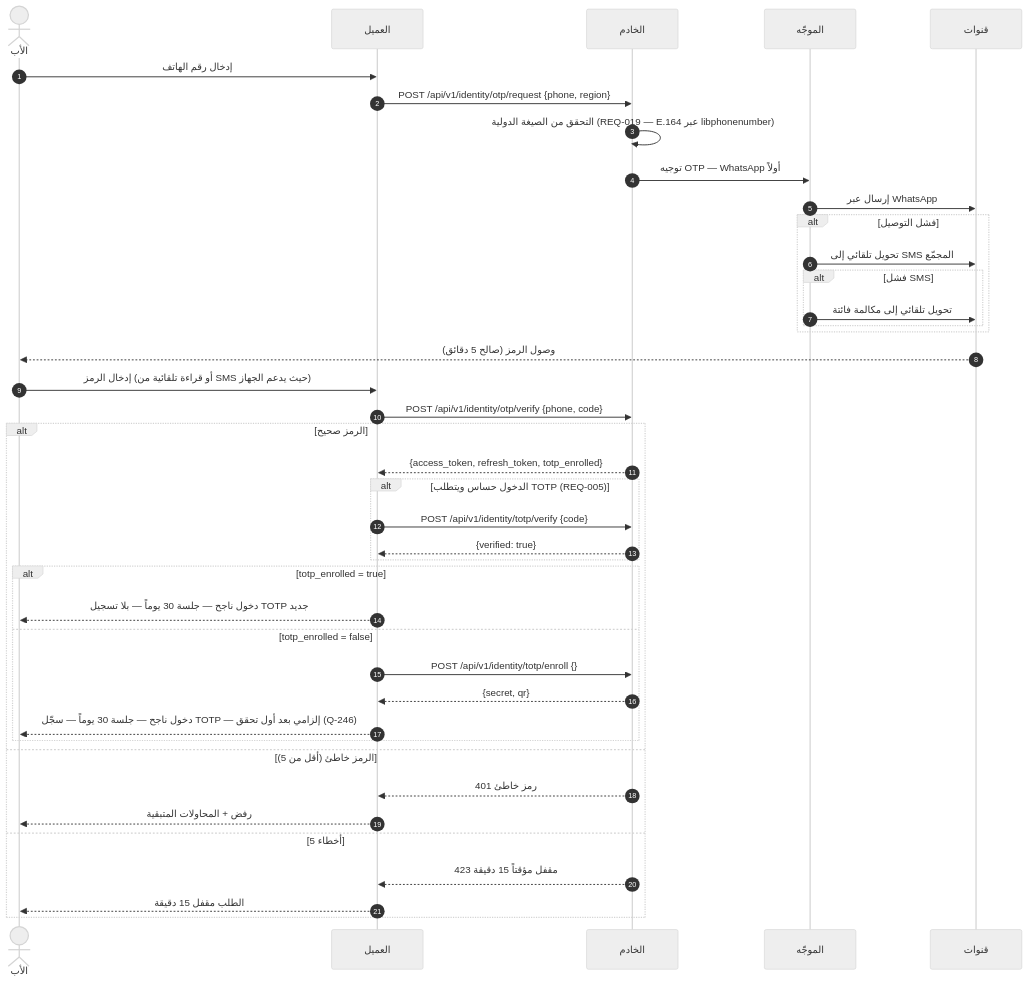
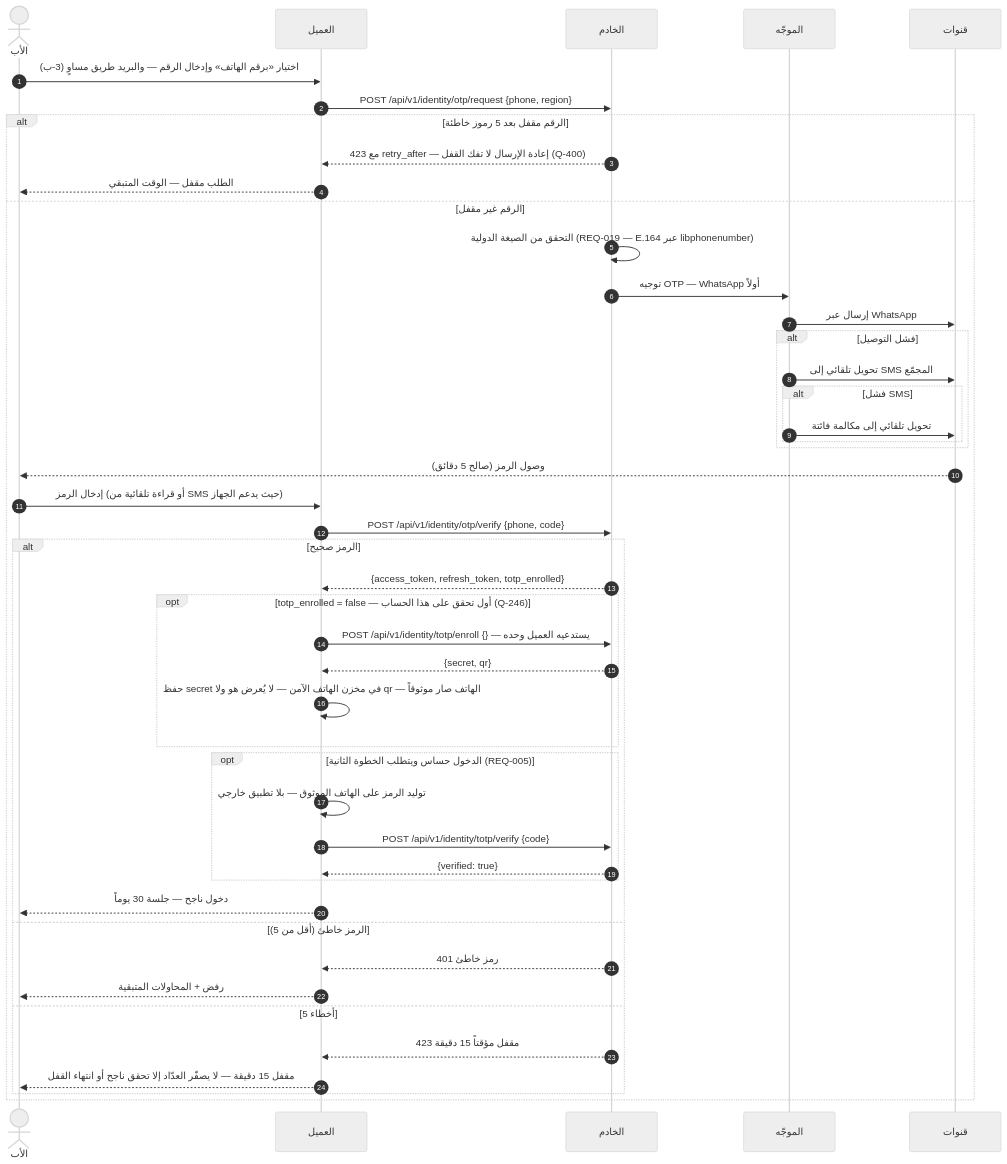
The third of 15 diagrams in docs/family-os/governance/phases/phase-1/S1-02-identity-and-onboarding/DIAGRAMS.md (Bassam-mohammed-alqaeadi/family-os-v2), drawn with Mermaid (neutral theme) before and after one commit. The commit also changed other lines of this file and 13 other files, not shown here.

````diff
--- a/docs/family-os/governance/phases/phase-1/S1-02-identity-and-onboarding/DIAGRAMS.md
+++ b/docs/family-os/governance/phases/phase-1/S1-02-identity-and-onboarding/DIAGRAMS.md
@@ -241,43 +245,48 @@
 ```mermaid
 sequenceDiagram
     autonumber
     actor Father as الأب
     participant Client as العميل
     participant Ktor as الخادم
     participant Router as الموجّه
     participant Channels as قنوات
-    Father->>Client: إدخال رقم الهاتف
+    Father->>Client: اختيار «برقم الهاتف» وإدخال الرقم — والبريد طريق مساوٍ (3-ب)
     Client->>Ktor: POST /api/v1/identity/otp/request {phone, region}
-    Ktor->>Ktor: التحقق من الصيغة الدولية (REQ-019 — E.164 عبر libphonenumber)
-    Ktor->>Router: توجيه OTP — WhatsApp أولاً
-    Router->>Channels: إرسال عبر WhatsApp
-    alt فشل التوصيل
-        Router->>Channels: تحويل تلقائي إلى SMS المجمّع
-        alt فشل SMS
-            Router->>Channels: تحويل تلقائي إلى مكالمة فائتة
+    alt الرقم مقفل بعد 5 رموز خاطئة
+        Ktor-->>Client: 423 مع retry_after — إعادة الإرسال لا تفك القفل (Q-400)
+        Client-->>Father: الطلب مقفل — الوقت المتبقي
+    else الرقم غير مقفل
+        Ktor->>Ktor: التحقق من الصيغة الدولية (REQ-019 — E.164 عبر libphonenumber)
+        Ktor->>Router: توجيه OTP — WhatsApp أولاً
+        Router->>Channels: إرسال عبر WhatsApp
+        alt فشل التوصيل
+            Router->>Channels: تحويل تلقائي إلى SMS المجمّع
+            alt فشل SMS
+                Router->>Channels: تحويل تلقائي إلى مكالمة فائتة
+            end
+        end
+        Channels-->>Father: وصول الرمز (صالح 5 دقائق)
+        Father->>Client: إدخال الرمز (أو قراءة تلقائية من SMS حيث يدعم الجهاز)
+        Client->>Ktor: POST /api/v1/identity/otp/verify {phone, code}
+        alt الرمز صحيح
+            Ktor-->>Client: {access_token, refresh_token, totp_enrolled}
+            opt totp_enrolled = false — أول تحقق على هذا الحساب (Q-246)
+                Client->>Ktor: POST /api/v1/identity/totp/enroll {} — يستدعيه العميل وحده
+                Ktor-->>Client: {secret, qr}
+                Client->>Client: حفظ secret في مخزن الهاتف الآمن — لا يُعرض هو ولا qr — الهاتف صار موثوقاً
+            end
+            opt الدخول حساس ويتطلب الخطوة الثانية (REQ-005)
+                Client->>Client: توليد الرمز على الهاتف الموثوق — بلا تطبيق خارجي
+                Client->>Ktor: POST /api/v1/identity/totp/verify {code}
+                Ktor-->>Client: {verified: true}
+            end
+            Client-->>Father: دخول ناجح — جلسة 30 يوماً
+        else الرمز خاطئ (أقل من 5)
+            Ktor-->>Client: 401 رمز خاطئ
+            Client-->>Father: رفض + المحاولات المتبقية
+        else 5 أخطاء
+            Ktor-->>Client: 423 مقفل مؤقتاً 15 دقيقة
+            Client-->>Father: مقفل 15 دقيقة — لا يصفّر العدّاد إلا تحقق ناجح أو انتهاء القفل
         end
     end
-    Channels-->>Father: وصول الرمز (صالح 5 دقائق)
-    Father->>Client: إدخال الرمز (أو قراءة تلقائية من SMS حيث يدعم الجهاز)
-    Client->>Ktor: POST /api/v1/identity/otp/verify {phone, code}
-    alt الرمز صحيح
-        Ktor-->>Client: {access_token, refresh_token, totp_enrolled}
-        alt الدخول حساس ويتطلب TOTP (REQ-005)
-            Client->>Ktor: POST /api/v1/identity/totp/verify {code}
-            Ktor-->>Client: {verified: true}
-        end
-        alt totp_enrolled = true
-            Client-->>Father: دخول ناجح — جلسة 30 يوماً — بلا تسجيل TOTP جديد
-        else totp_enrolled = false
-            Client->>Ktor: POST /api/v1/identity/totp/enroll {}
-            Ktor-->>Client: {secret, qr}
-            Client-->>Father: دخول ناجح — جلسة 30 يوماً — سجّل TOTP — إلزامي بعد أول تحقق (Q-246)
-        end
-    else الرمز خاطئ (أقل من 5)
-        Ktor-->>Client: 401 رمز خاطئ
-        Client-->>Father: رفض + المحاولات المتبقية
-    else 5 أخطاء
-        Ktor-->>Client: 423 مقفل مؤقتاً 15 دقيقة
-        Client-->>Father: الطلب مقفل 15 دقيقة
-    end
 ```
````
